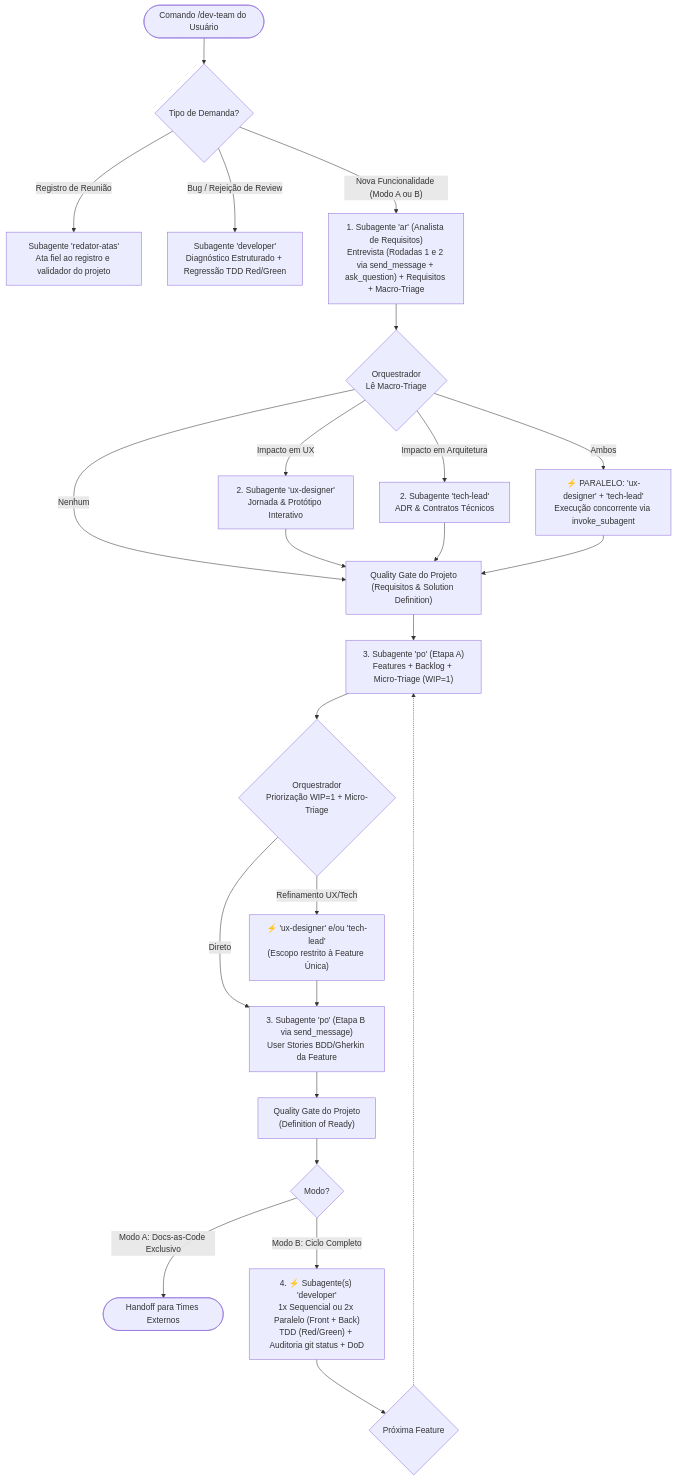
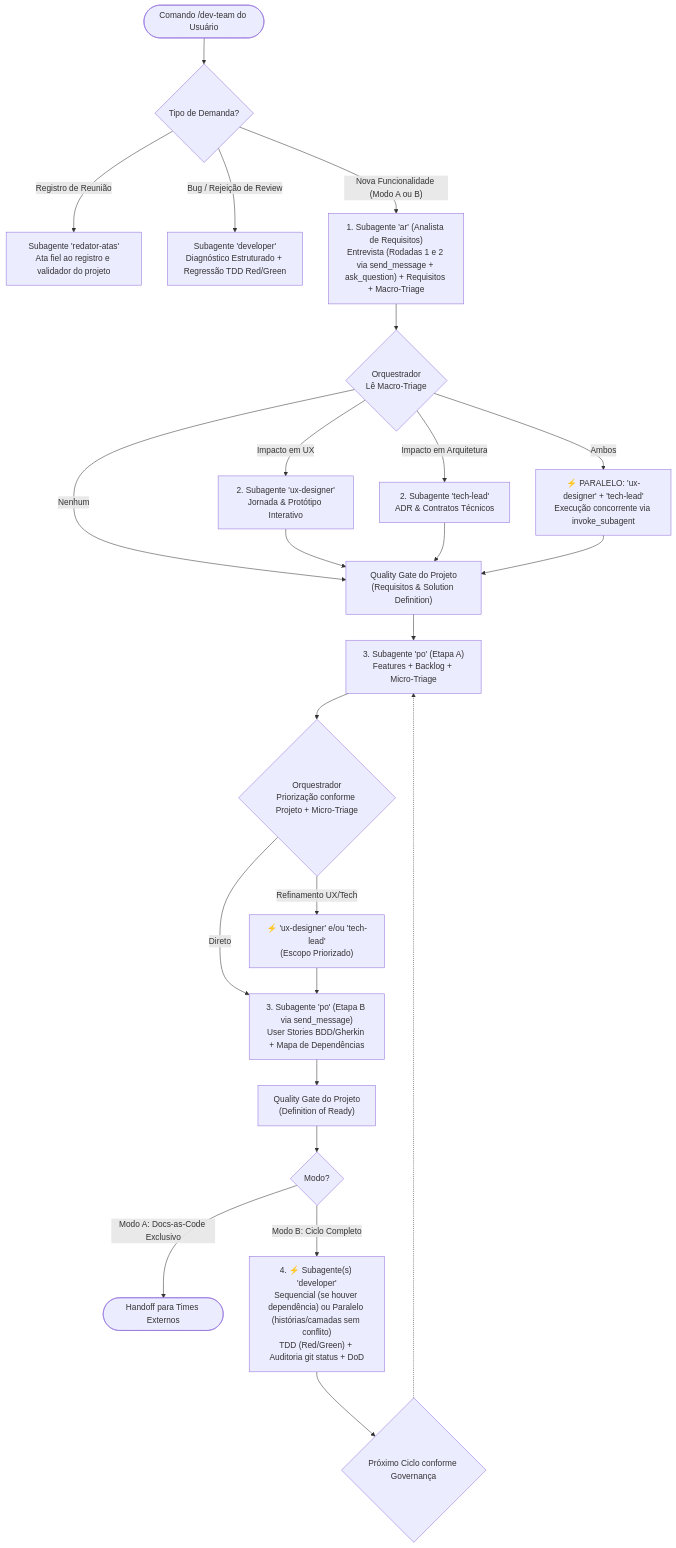
The diagram in README.md (renatorlemos-gif/dev-team), drawn with Mermaid before and after one commit. The commit also changed other lines of this file and 8 other files, not shown here.

````diff
--- a/README.md
+++ b/README.md
@@ -9,35 +9,35 @@
 ```mermaid
 graph TD
     Demanda([Comando /dev-team do Usuário]) --> ROTA{Tipo de Demanda?}
 
     ROTA -->|"Registro de Reunião"| ATA["Subagente 'redator-atas'<br/>Ata fiel ao registro e validador do projeto"]
     ROTA -->|"Bug / Rejeição de Review"| BUG["Subagente 'developer'<br/>Diagnóstico Estruturado + Regressão TDD Red/Green"]
     ROTA -->|"Nova Funcionalidade (Modo A ou B)"| AR["1. Subagente 'ar' (Analista de Requisitos)<br/>Entrevista (Rodadas 1 e 2 via send_message + ask_question) + Requisitos + Macro-Triage"]
 
     AR --> TRIAGE{"Orquestrador<br/>Lê Macro-Triage"}
 
     TRIAGE -->|"Impacto em UX"| UX["2. Subagente 'ux-designer'<br/>Jornada & Protótipo Interativo"]
     TRIAGE -->|"Impacto em Arquitetura"| TL["2. Subagente 'tech-lead'<br/>ADR & Contratos Técnicos"]
     TRIAGE -->|"Ambos"| BOTH["⚡ PARALELO: 'ux-designer' + 'tech-lead'<br/>Execução concorrente via invoke_subagent"]
     TRIAGE -->|"Nenhum"| GATE_REQ["Quality Gate do Projeto<br/>(Requisitos & Solution Definition)"]
 
     UX --> GATE_REQ
     TL --> GATE_REQ
     BOTH --> GATE_REQ
 
-    GATE_REQ --> PO_FEAT["3. Subagente 'po' (Etapa A)<br/>Features + Backlog + Micro-Triage (WIP=1)"]
-    PO_FEAT --> MICRO{"Orquestrador<br/>Priorização WIP=1 + Micro-Triage"}
-    MICRO -->|"Refinamento UX/Tech"| REFINE["⚡ 'ux-designer' e/ou 'tech-lead'<br/>(Escopo restrito à Feature Única)"]
-    MICRO -->|"Direto"| PO_US["3. Subagente 'po' (Etapa B via send_message)<br/>User Stories BDD/Gherkin da Feature"]
+    GATE_REQ --> PO_FEAT["3. Subagente 'po' (Etapa A)<br/>Features + Backlog + Micro-Triage"]
+    PO_FEAT --> MICRO{"Orquestrador<br/>Priorização conforme Projeto + Micro-Triage"}
+    MICRO -->|"Refinamento UX/Tech"| REFINE["⚡ 'ux-designer' e/ou 'tech-lead'<br/>(Escopo Priorizado)"]
+    MICRO -->|"Direto"| PO_US["3. Subagente 'po' (Etapa B via send_message)<br/>User Stories BDD/Gherkin + Mapa de Dependências"]
     REFINE --> PO_US
 
     PO_US --> GATE_READY["Quality Gate do Projeto<br/>(Definition of Ready)"]
 
     GATE_READY --> DEV_GATE{Modo?}
 
     DEV_GATE -->|"Modo A: Docs-as-Code Exclusivo"| HANDOFF([Handoff para Times Externos])
-    DEV_GATE -->|"Modo B: Ciclo Completo"| DEV["4. ⚡ Subagente(s) 'developer'<br/>1x Sequencial ou 2x Paralelo (Front + Back)<br/>TDD (Red/Green) + Auditoria git status + DoD"]
+    DEV_GATE -->|"Modo B: Ciclo Completo"| DEV["4. ⚡ Subagente(s) 'developer'<br/>Sequencial (se houver dependência) ou Paralelo (histórias/camadas sem conflito)<br/>TDD (Red/Green) + Auditoria git status + DoD"]
 
-    DEV --> LOOP{"Próxima Feature"}
+    DEV --> LOOP{"Próximo Ciclo conforme Governança"}
     LOOP -.-> PO_FEAT
 ```
````
